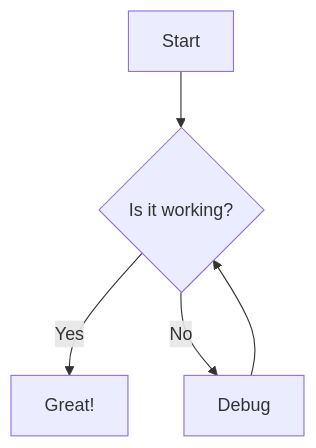
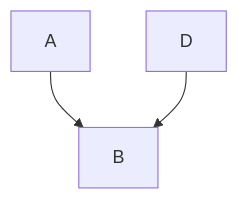
Before and after one commit to couetilc/couetil.com: the diagram in astro/src/content/blog/managing-threads-and-asyncio-in-python.md, drawn with Mermaid. The commit also changed other lines of this file and 1 other file, not shown here.

````diff
--- a/astro/src/content/blog/managing-threads-and-asyncio-in-python.md
+++ b/astro/src/content/blog/managing-threads-and-asyncio-in-python.md
@@ -580,7 +580,5 @@
 ```mermaid
 graph TD
-    A[Start] --> B{Is it working?}
-    B -->|Yes| C[Great!]
-    B -->|No| D[Debug]
+    A --> B
     D --> B
 ```
````
